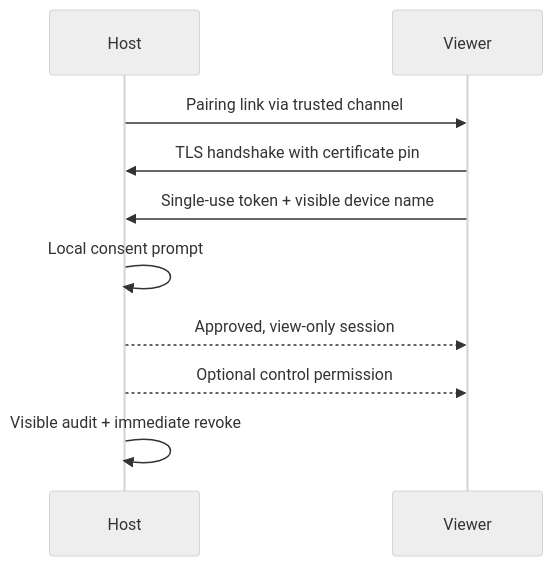
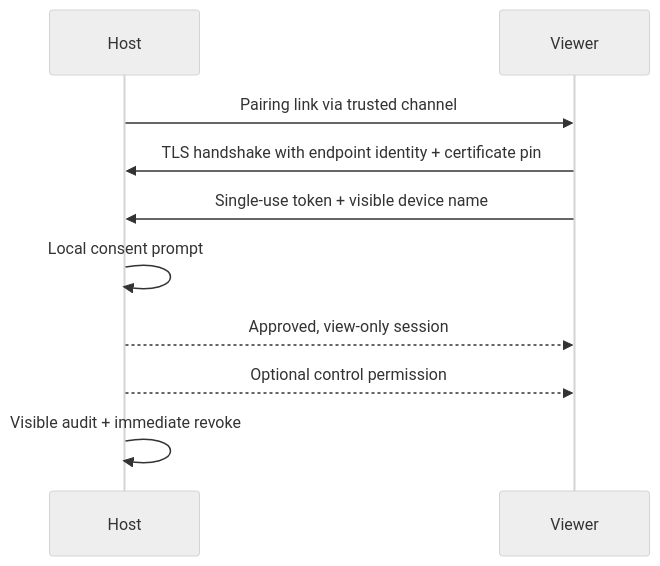
One commit to NobodyToListen/JDoor changed the diagram in README.md. Above: the diagram before and after it, drawn with Mermaid (neutral theme). The commit also changed other lines of this file and 8 other files, not shown here.

Commit message:
fix: bind TLS identity to advertised endpoint

````diff
--- a/README.md
+++ b/README.md
@@ -70,12 +71,12 @@
 ```mermaid
 sequenceDiagram
     participant H as Host
     participant V as Viewer
     H->>V: Pairing link via trusted channel
-    V->>H: TLS handshake with certificate pin
+    V->>H: TLS handshake with endpoint identity + certificate pin
     V->>H: Single-use token + visible device name
     H->>H: Local consent prompt
     H-->>V: Approved, view-only session
     H-->>V: Optional control permission
     H->>H: Visible audit + immediate revoke
 ```
````
